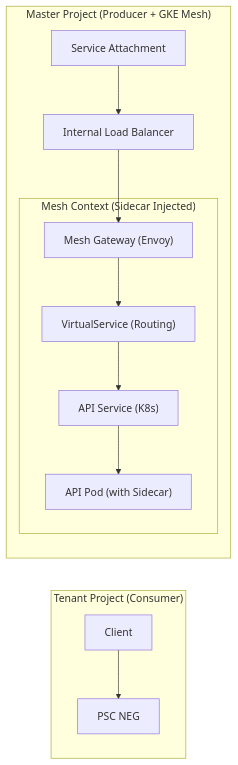
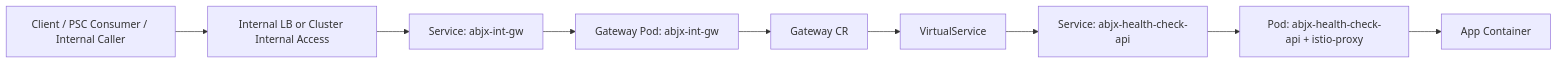
Before and after one commit to aibangjuxin/knowledge: the diagram in gcp/asm/deploy.md, drawn with Mermaid. The commit also changed other lines of this file, not shown here.

````diff
--- a/gcp/asm/deploy.md
+++ b/gcp/asm/deploy.md
@@ -11,17 +46,21 @@
 ```mermaid
 graph LR
-    subgraph "Tenant Project (Consumer)"
-        Client["Client"] --> PSC_NEG["PSC NEG"]
-    end
+    Client["Client / PSC Consumer / Internal Caller"]
+    ILB["Internal LB or Cluster Internal Access"]
+    GWSVC["Service: abjx-int-gw"]
+    GWPOD["Gateway Pod: abjx-int-gw"]
+    GWCR["Gateway CR"]
+    VS["VirtualService"]
+    SVC["Service: abjx-health-check-api"]
+    POD["Pod: abjx-health-check-api + istio-proxy"]
+    APP["App Container"]
 
-    subgraph "Master Project (Producer + GKE Mesh)"
-        SA["Service Attachment"] --> ILB["Internal Load Balancer"]
-        ILB --> MGW["Mesh Gateway (Envoy)"]
-
-        subgraph "Mesh Context (Sidecar Injected)"
-            MGW --> VS["VirtualService (Routing)"]
-            VS --> SvcA["API Service (K8s)"]
-            SvcA --> PodA["API Pod (with Sidecar)"]
-        end
-    end
+    Client --> ILB
+    ILB --> GWSVC
+    GWSVC --> GWPOD
+    GWPOD --> GWCR
+    GWCR --> VS
+    VS --> SVC
+    SVC --> POD
+    POD --> APP
 ```
````
